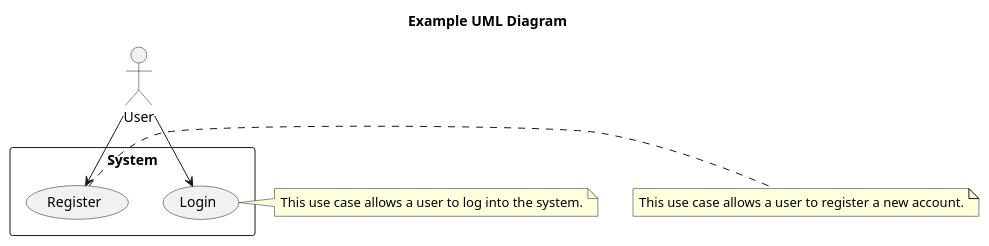
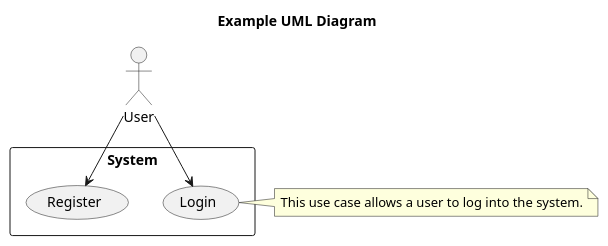
One commit to enriquelandaespes/mini_SNMP_agent_with_notifications changed the diagram in mib_uml.wsd. Above: the diagram before and after it, drawn with PlantUML.

```diff
--- a/mib_uml.wsd
+++ b/mib_uml.wsd
@@ -1,17 +1,14 @@
 @startuml ExampleDiagram
 title Example UML Diagram
 
 actor User
 rectangle "System" {
   usecase "Login" as UC1
   usecase "Register" as UC2
 }
 User --> UC1
 User --> UC2
 note right of UC1
   This use case allows a user to log into the system.
 end note
-note right of UC2
-  This use case allows a user to register a new account.
-end note
 @enduml
```
